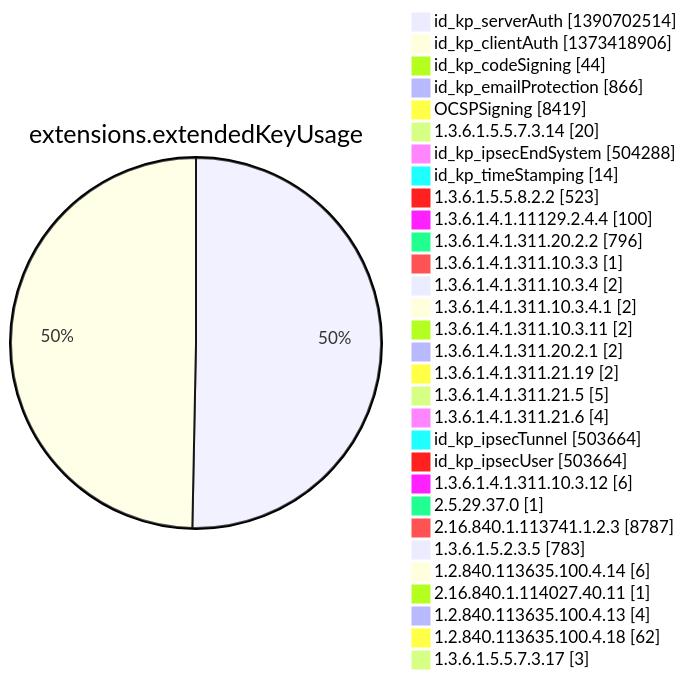
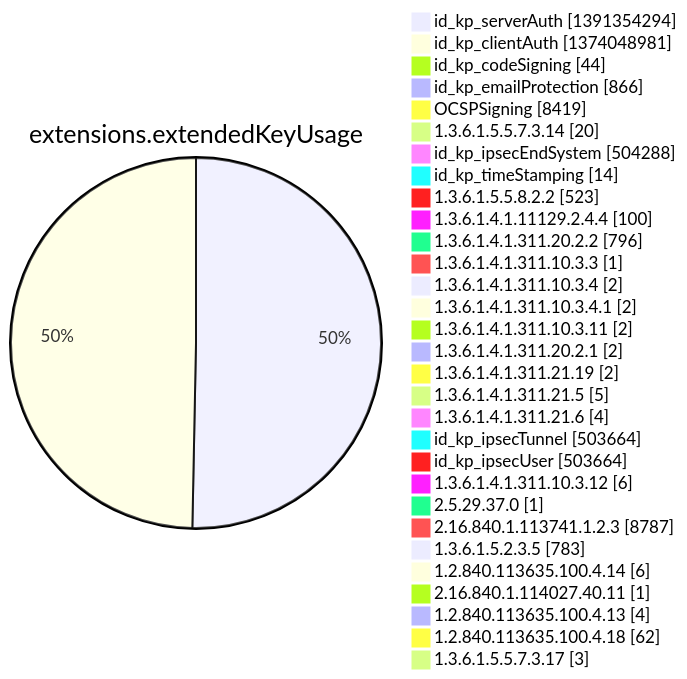
Before and after one commit to christiankrug/ctmonitor_visualization: diagram 12 of 15 in argon2022/README.md, drawn with Mermaid. The commit also changed other lines of this file, not shown here.

````diff
--- a/argon2022/README.md
+++ b/argon2022/README.md
@@ -3554,34 +3554,34 @@
 ```mermaid
 pie showData
 title extensions.extendedKeyUsage
-"id_kp_serverAuth" :1390702514
-"id_kp_clientAuth" :1373418906
+"id_kp_serverAuth" :1391354294
+"id_kp_clientAuth" :1374048981
 "id_kp_codeSigning" :44
 "id_kp_emailProtection" :866
 "OCSPSigning" :8419
 "1.3.6.1.5.5.7.3.14" :20
 "id_kp_ipsecEndSystem" :504288
 "id_kp_timeStamping" :14
 "1.3.6.1.5.5.8.2.2" :523
 "1.3.6.1.4.1.11129.2.4.4" :100
 "1.3.6.1.4.1.311.20.2.2" :796
 "1.3.6.1.4.1.311.10.3.3" :1
 "1.3.6.1.4.1.311.10.3.4" :2
 "1.3.6.1.4.1.311.10.3.4.1" :2
 "1.3.6.1.4.1.311.10.3.11" :2
 "1.3.6.1.4.1.311.20.2.1" :2
 "1.3.6.1.4.1.311.21.19" :2
 "1.3.6.1.4.1.311.21.5" :5
 "1.3.6.1.4.1.311.21.6" :4
 "id_kp_ipsecTunnel" :503664
 "id_kp_ipsecUser" :503664
 "1.3.6.1.4.1.311.10.3.12" :6
 "2.5.29.37.0" :1
 "2.16.840.1.113741.1.2.3" :8787
 "1.3.6.1.5.2.3.5" :783
 "1.2.840.113635.100.4.14" :6
 "2.16.840.1.114027.40.11" :1
 "1.2.840.113635.100.4.13" :4
 "1.2.840.113635.100.4.18" :62
 "1.3.6.1.5.5.7.3.17" :3
 ```
````
